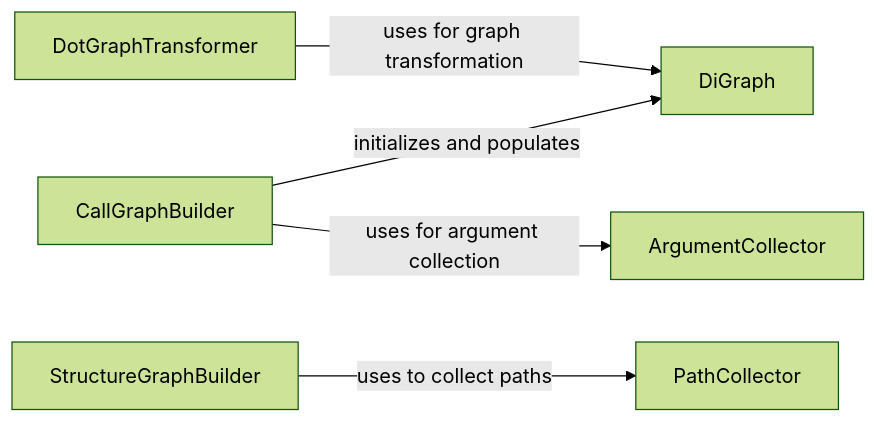
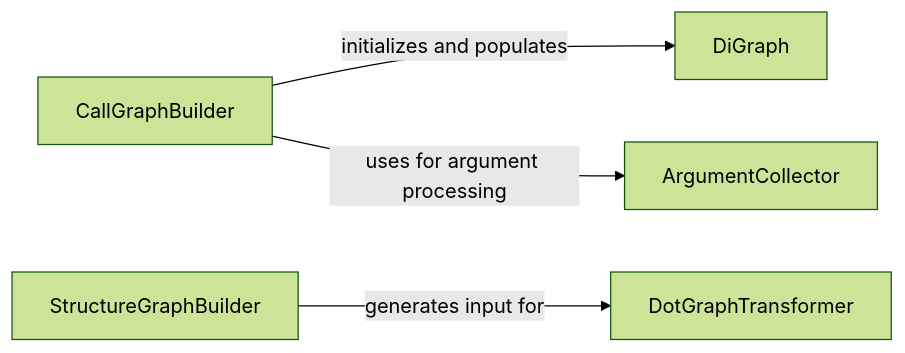
The diagram in .codeboarding/Static Analysis Engine.md (mariyam866/CodeBoarding), drawn with Mermaid (forest theme) before and after one commit. The commit also changed other lines of this file and 6 other files, not shown here.

````diff
--- a/.codeboarding/Static Analysis Engine.md
+++ b/.codeboarding/Static Analysis Engine.md
@@ -1,13 +1,11 @@
 ```mermaid
 graph LR
     DotGraphTransformer["DotGraphTransformer"]
     CallGraphBuilder["CallGraphBuilder"]
     DiGraph["DiGraph"]
     ArgumentCollector["ArgumentCollector"]
     StructureGraphBuilder["StructureGraphBuilder"]
-    PathCollector["PathCollector"]
     CallGraphBuilder -- "initializes and populates" --> DiGraph
-    CallGraphBuilder -- "uses for argument collection" --> ArgumentCollector
-    DotGraphTransformer -- "uses for graph transformation" --> DiGraph
-    StructureGraphBuilder -- "uses to collect paths" --> PathCollector
+    CallGraphBuilder -- "uses for argument processing" --> ArgumentCollector
+    StructureGraphBuilder -- "generates input for" --> DotGraphTransformer
 ```
````
